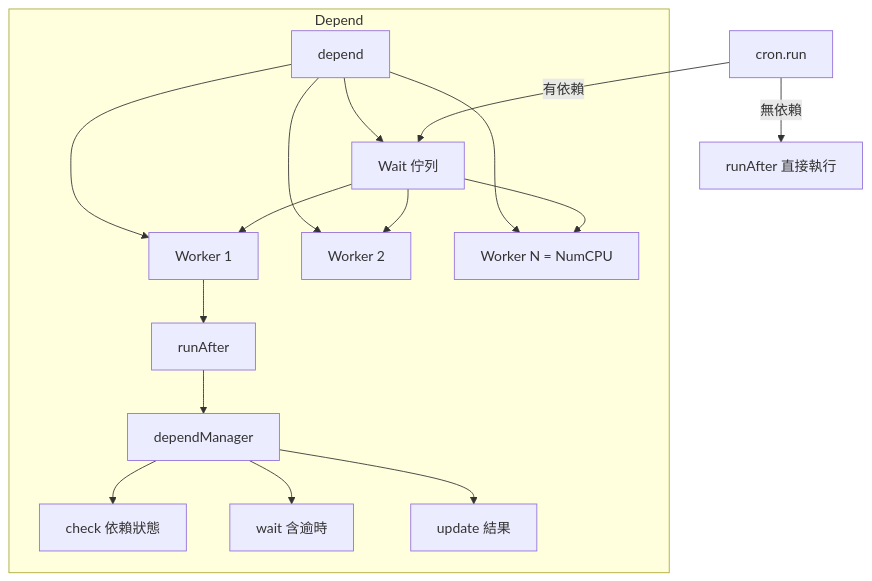
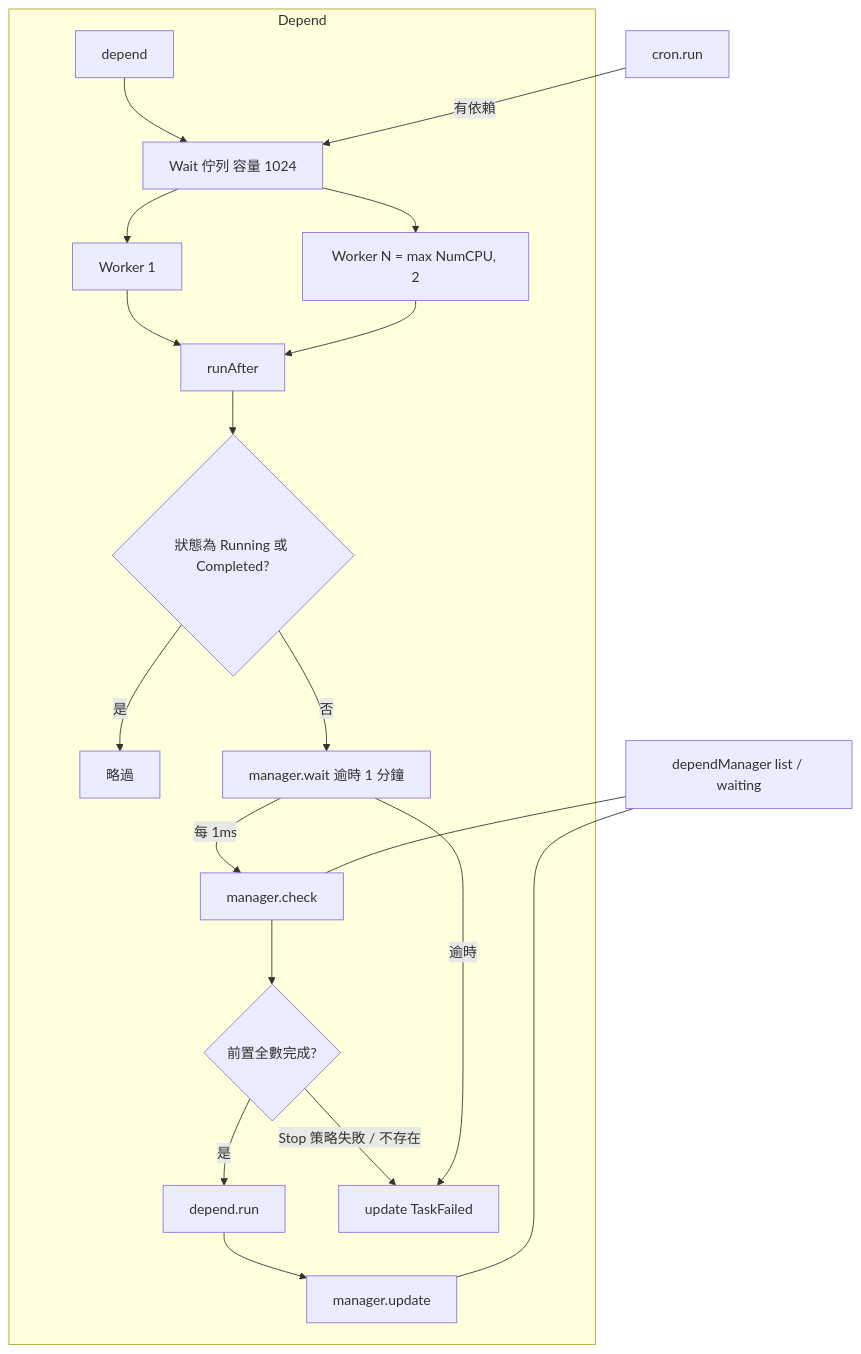
Before and after one commit to pardnchiu/go-scheduler: the fifth of 7 diagrams in doc/architecture.zh.md, drawn with Mermaid. The commit also changed other lines of this file and 6 other files, not shown here.

Commit message:
doc: Regenerate bilingual docs to match core behavior and ignore wiki-worker

````diff
--- a/doc/architecture.zh.md
+++ b/doc/architecture.zh.md
@@ -86,19 +108,22 @@
 ```mermaid
 graph TB
     subgraph Depend
-        D[depend] --> Queue[Wait 佇列]
-        D --> W1[Worker 1]
-        D --> W2[Worker 2]
-        D --> Wn[Worker N = NumCPU]
-        Queue --> W1
-        Queue --> W2
-        Queue --> Wn
+        D[depend] --> Queue[Wait 佇列 容量 1024]
+        Queue --> W1[Worker 1]
+        Queue --> Wn[Worker N = max NumCPU, 2]
         W1 --> RunAfter[runAfter]
-        RunAfter --> Manager[dependManager]
-        Manager --> Check[check 依賴狀態]
-        Manager --> Wait[wait 含逾時]
-        Manager --> Update[update 結果]
+        Wn --> RunAfter
+        RunAfter --> Skip{狀態為 Running 或 Completed?}
+        Skip -->|是| Ignore[略過]
+        Skip -->|否| WaitDeps[manager.wait 逾時 1 分鐘]
+        WaitDeps -->|每 1ms| Check[manager.check]
+        Check --> Done{前置全數完成?}
+        Done -->|是| Exec[depend.run]
+        Done -->|Stop 策略失敗 / 不存在| Fail[update TaskFailed]
+        WaitDeps -->|逾時| Fail
+        Exec --> Update[manager.update]
     end
     CronRun[cron.run] -->|有依賴| Queue
-    CronRun -->|無依賴| Direct[runAfter 直接執行]
+    Manager[dependManager list / waiting] --- Check
+    Manager --- Update
 ```
````
